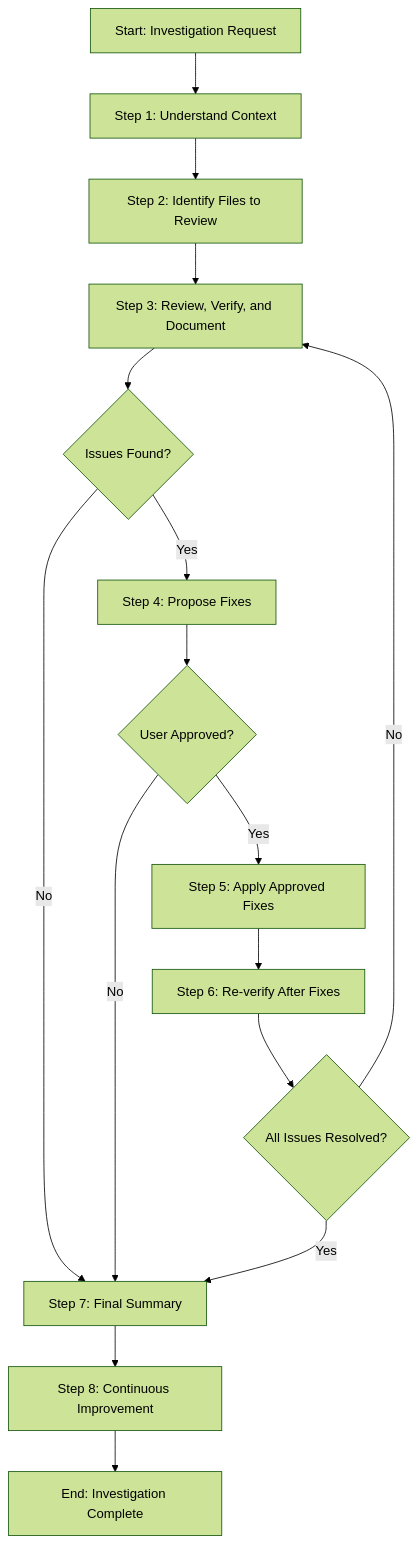
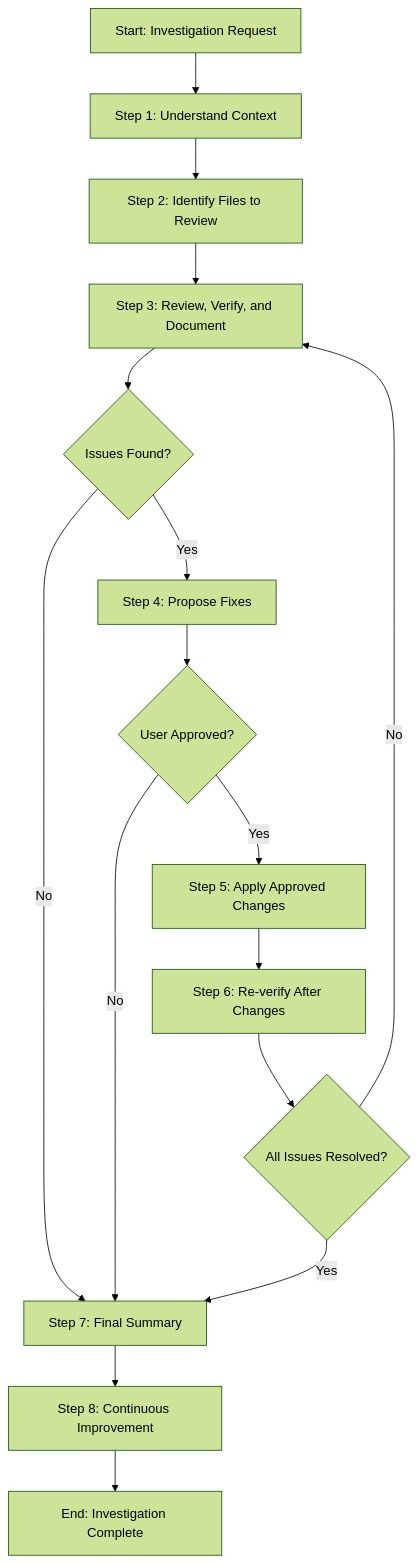
One commit to HMTools/agentic-processes changed the diagram in core/processes/templates/review-and-verify.md. Above: the diagram before and after it, drawn with Mermaid (forest theme). The commit also changed other lines of this file and 43 other files, not shown here.

````diff
--- a/core/processes/templates/review-and-verify.md
+++ b/core/processes/templates/review-and-verify.md
@@ -37,18 +37,18 @@
 ```mermaid
 flowchart TD
     A[Start: Investigation Request] --> B[Step 1: Understand Context]
     B --> C[Step 2: Identify Files to Review]
     C --> D[Step 3: Review, Verify, and Document]
     D --> E{Issues Found?}
     E -->|No| F[Step 7: Final Summary]
     E -->|Yes| G[Step 4: Propose Fixes]
     G --> H{User Approved?}
     H -->|No| F
-    H -->|Yes| I[Step 5: Apply Approved Fixes]
-    I --> J[Step 6: Re-verify After Fixes]
+    H -->|Yes| I[Step 5: Apply Approved Changes]
+    I --> J[Step 6: Re-verify After Changes]
     J --> K{All Issues Resolved?}
     K -->|No| D
     K -->|Yes| F
     F --> L[Step 8: Continuous Improvement]
     L --> M[End: Investigation Complete]
 ```
````
